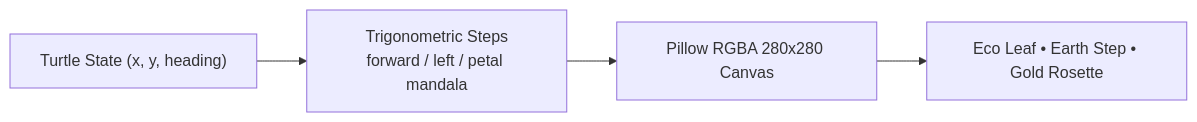
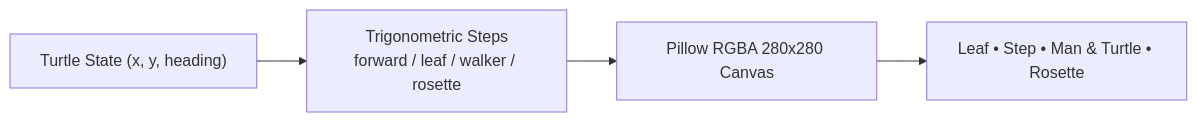
One commit to parthibcpana/IDAI102-1000544-PARTH-PARVINBHAI-GAJERA-SA changed the eighth of 8 diagrams in README.md. Above: the diagram before and after it, drawn with Mermaid. The commit also changed other lines of this file and 15 other files, not shown here.

Commit message:
Redesign ShopImpact UI: Flat Ecovista Botanical palette, panoramic SVG welcome hero with shopper man & turtle, equal-height responsive studio grid, native config.toml theming

````diff
--- a/README.md
+++ b/README.md
@@ -362,6 +362,6 @@
   ```mermaid
   flowchart LR
-      T["Turtle State (x, y, heading)"] --> M["Trigonometric Steps<br>forward / left / petal mandala"]
+      T["Turtle State (x, y, heading)"] --> M["Trigonometric Steps<br>forward / leaf / walker / rosette"]
       M --> IMG["Pillow RGBA 280x280 Canvas"]
-      IMG --> ART["Eco Leaf • Earth Step • Gold Rosette"]
+      IMG --> ART["Leaf • Step • Man & Turtle • Rosette"]
   ```
````
